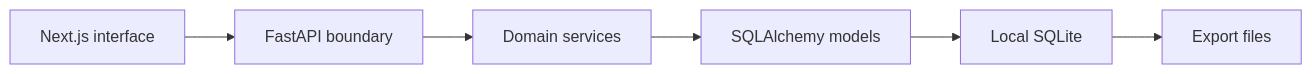
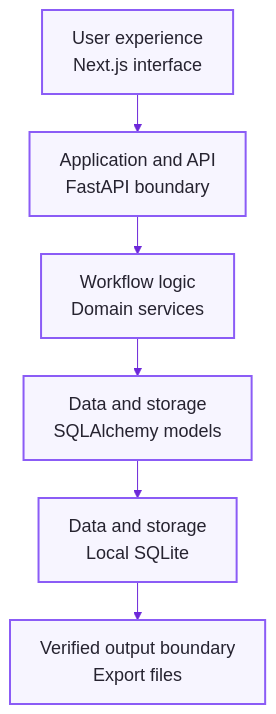
One commit to savannah-obyrne/savannah-obyrne changed the diagram in projects/content-brand-systems/diagrams/architecture.mmd. Above: the diagram before and after it, drawn with Mermaid.

Commit message:
Replace Content architecture diagram source

```diff
--- a/projects/content-brand-systems/diagrams/architecture.mmd
+++ b/projects/content-brand-systems/diagrams/architecture.mmd
@@ -1,12 +1,17 @@
-flowchart LR
-  N0["Next.js interface"]
-  N1["FastAPI boundary"]
-  N2["Domain services"]
-  N3["SQLAlchemy models"]
-  N4["Local SQLite"]
-  N5["Export files"]
+%% Public SVG uses this verified sequence in a compact vertical layer layout.
+%%{init: {"theme":"base","flowchart":{"curve":"linear","nodeSpacing":28,"rankSpacing":38},"themeVariables":{"background":"#FCFCFD","primaryColor":"#F7F5FF","primaryTextColor":"#262330","primaryBorderColor":"#8B5CF6","lineColor":"#6D28D9","fontFamily":"Arial, Helvetica, sans-serif","fontSize":"18px"}}}%%
+flowchart TB
+  N0["User experience<br/>Next.js interface"]
+  N1["Application and API<br/>FastAPI boundary"]
+  N2["Workflow logic<br/>Domain services"]
+  N3["Data and storage<br/>SQLAlchemy models"]
+  N4["Data and storage<br/>Local SQLite"]
+  N5["Verified output boundary<br/>Export files"]
   N0 --> N1
   N1 --> N2
   N2 --> N3
   N3 --> N4
   N4 --> N5
+
+  classDef layer fill:#F7F5FF,stroke:#8B5CF6,color:#262330,stroke-width:2px;
+  class N0,N1,N2,N3,N4,N5 layer;
```
